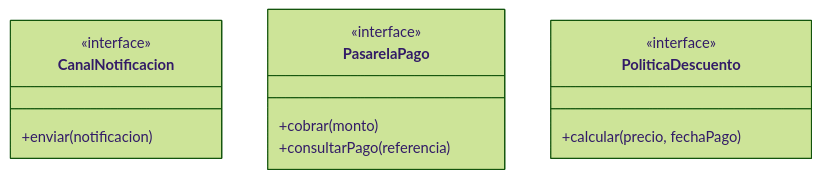
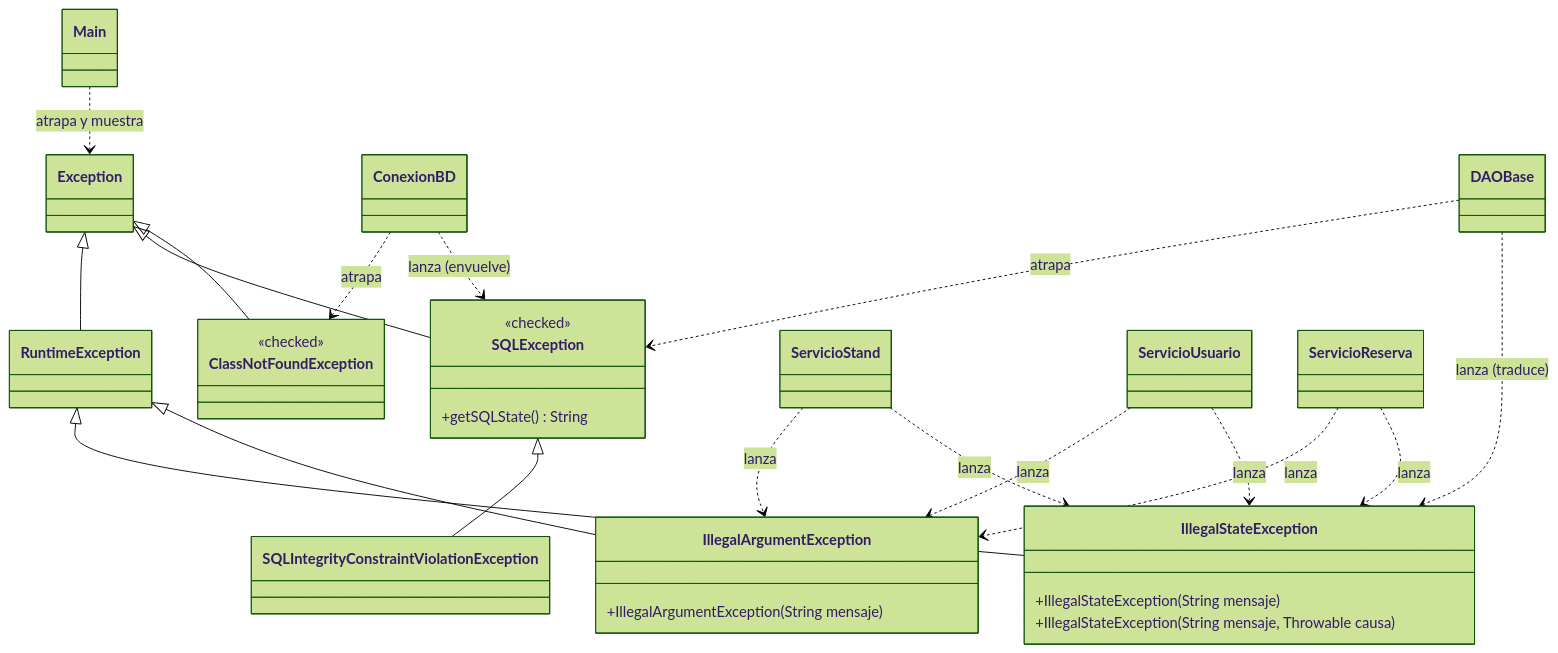
Before and after one commit to Javtamata145/StandsFiley-POO: the sixth of 9 diagrams in Stands-Filey/DiagramaClases/DiagramaClases.md, drawn with Mermaid (forest theme). The commit also changed other lines of this file, not shown here.

Commit message:
Actualizando Diagrama clases

````diff
--- a/Stands-Filey/DiagramaClases/DiagramaClases.md
+++ b/Stands-Filey/DiagramaClases/DiagramaClases.md
@@ -239,20 +493,41 @@
 ```mermaid
 classDiagram
 direction TB
 
-class CanalNotificacion {
-  <<interface>>
-  +enviar(notificacion)
+class Exception
+class RuntimeException
+class SQLException {
+  <<checked>>
+  +getSQLState() String
+}
+class SQLIntegrityConstraintViolationException
+class ClassNotFoundException {
+  <<checked>>
+}
+class IllegalStateException {
+  +IllegalStateException(String mensaje)
+  +IllegalStateException(String mensaje, Throwable causa)
+}
+class IllegalArgumentException {
+  +IllegalArgumentException(String mensaje)
 }
 
-class PasarelaPago {
-  <<interface>>
-  +cobrar(monto)
-  +consultarPago(referencia)
-}
+Exception <|-- RuntimeException
+Exception <|-- SQLException
+Exception <|-- ClassNotFoundException
+SQLException <|-- SQLIntegrityConstraintViolationException
+RuntimeException <|-- IllegalStateException
+RuntimeException <|-- IllegalArgumentException
 
-class PoliticaDescuento {
-  <<interface>>
-  +calcular(precio, fechaPago)
-}
+ConexionBD ..> ClassNotFoundException : atrapa
+ConexionBD ..> SQLException : lanza (envuelve)
+DAOBase ..> SQLException : atrapa
+DAOBase ..> IllegalStateException : lanza (traduce)
+ServicioStand ..> IllegalArgumentException : lanza
+ServicioStand ..> IllegalStateException : lanza
+ServicioUsuario ..> IllegalArgumentException : lanza
+ServicioUsuario ..> IllegalStateException : lanza
+ServicioReserva ..> IllegalArgumentException : lanza
+ServicioReserva ..> IllegalStateException : lanza
+Main ..> Exception : atrapa y muestra
 ```
````
